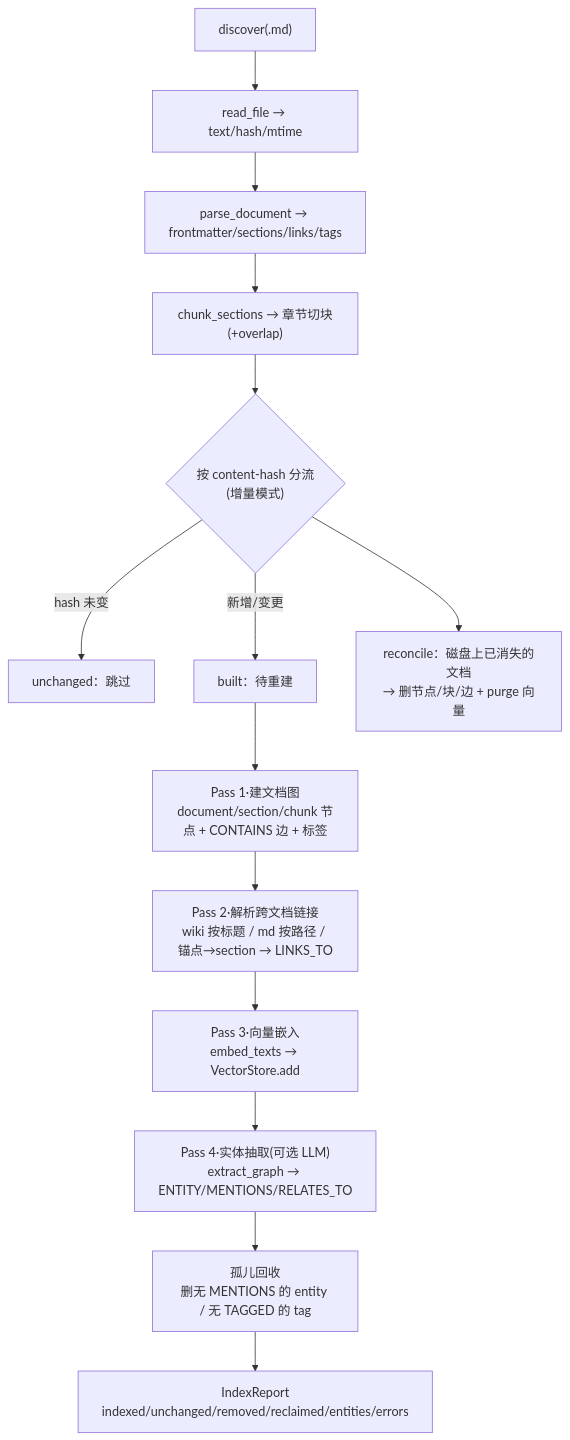
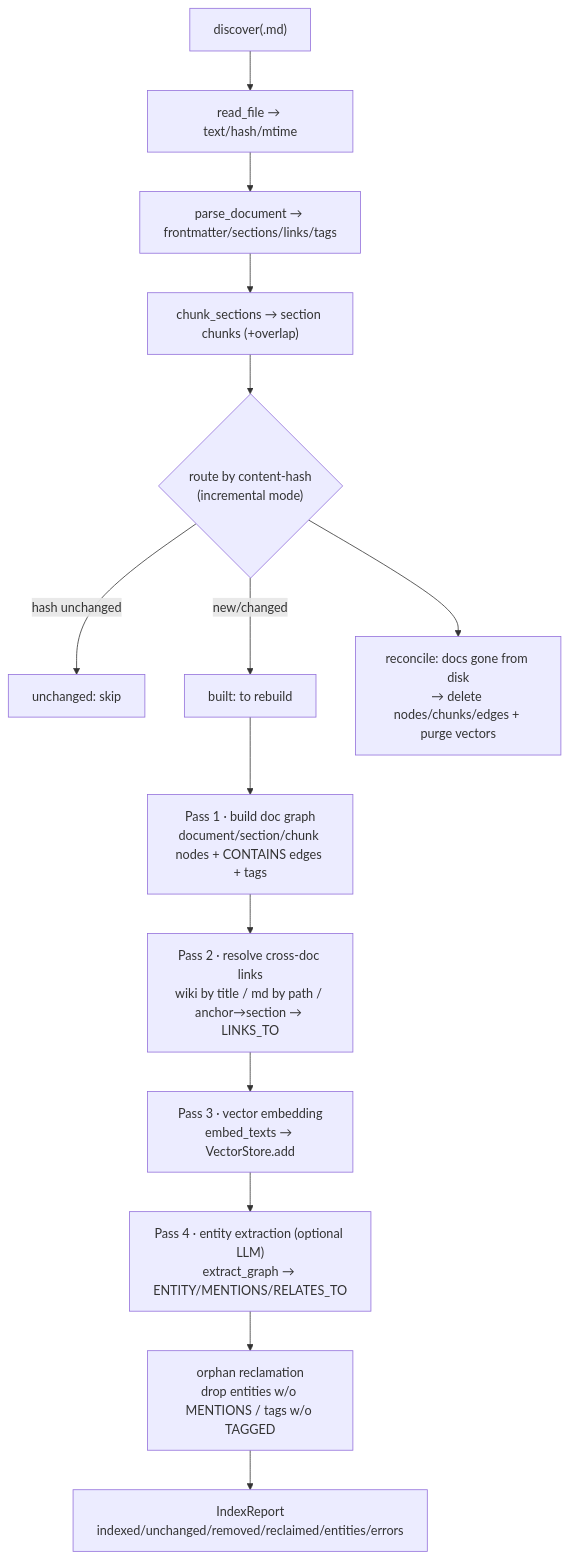
One commit to Jouryjc/markdown-graph changed the third of 6 diagrams in README.md. Above: the diagram before and after it, drawn with Mermaid. The commit also changed other lines of this file and 2 other files, not shown here.

````diff
--- a/README.md
+++ b/README.md
@@ -169,17 +181,17 @@
 ```mermaid
 flowchart TD
     A["discover(.md)"] --> B["read_file → text/hash/mtime"]
     B --> C["parse_document → frontmatter/sections/links/tags"]
-    C --> D["chunk_sections → 章节切块(+overlap)"]
-    D --> E{"按 content-hash 分流<br/>(增量模式)"}
-    E -->|hash 未变| F["unchanged：跳过"]
-    E -->|新增/变更| G["built：待重建"]
-    E --> H["reconcile：磁盘上已消失的文档<br/>→ 删节点/块/边 + purge 向量"]
+    C --> D["chunk_sections → section chunks (+overlap)"]
+    D --> E{"route by content-hash<br/>(incremental mode)"}
+    E -->|hash unchanged| F["unchanged: skip"]
+    E -->|new/changed| G["built: to rebuild"]
+    E --> H["reconcile: docs gone from disk<br/>→ delete nodes/chunks/edges + purge vectors"]
 
-    G --> P1["Pass 1·建文档图<br/>document/section/chunk 节点 + CONTAINS 边 + 标签"]
-    P1 --> P2["Pass 2·解析跨文档链接<br/>wiki 按标题 / md 按路径 / 锚点→section → LINKS_TO"]
-    P2 --> P3["Pass 3·向量嵌入<br/>embed_texts → VectorStore.add"]
-    P3 --> P4["Pass 4·实体抽取(可选 LLM)<br/>extract_graph → ENTITY/MENTIONS/RELATES_TO"]
-    P4 --> R["孤儿回收<br/>删无 MENTIONS 的 entity / 无 TAGGED 的 tag"]
+    G --> P1["Pass 1 · build doc graph<br/>document/section/chunk nodes + CONTAINS edges + tags"]
+    P1 --> P2["Pass 2 · resolve cross-doc links<br/>wiki by title / md by path / anchor→section → LINKS_TO"]
+    P2 --> P3["Pass 3 · vector embedding<br/>embed_texts → VectorStore.add"]
+    P3 --> P4["Pass 4 · entity extraction (optional LLM)<br/>extract_graph → ENTITY/MENTIONS/RELATES_TO"]
+    P4 --> R["orphan reclamation<br/>drop entities w/o MENTIONS / tags w/o TAGGED"]
     R --> RPT["IndexReport<br/>indexed/unchanged/removed/reclaimed/entities/errors"]
 ```
````
